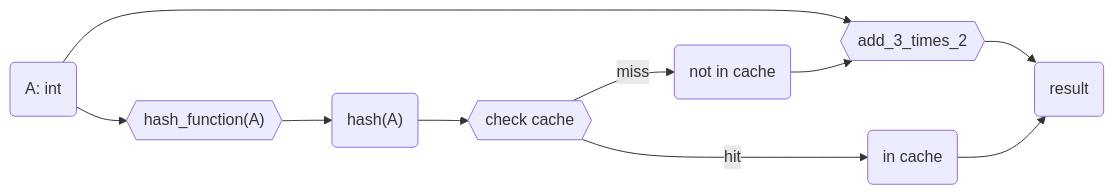
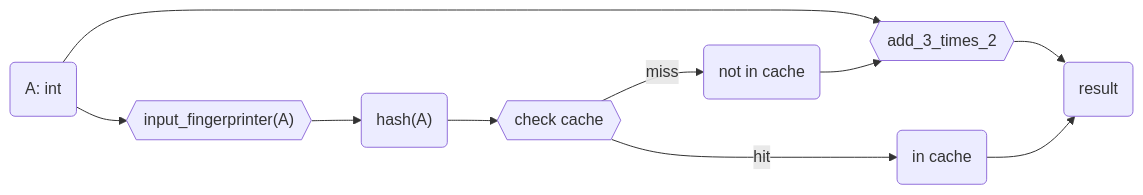
Before and after one commit to GridTools/gt4py: the third of 6 diagrams in docs/user/next/advanced/WorkflowPatterns.md, drawn with Mermaid. The commit also changed other lines of this file and 38 other files, not shown here.

````diff
--- a/docs/user/next/advanced/WorkflowPatterns.md
+++ b/docs/user/next/advanced/WorkflowPatterns.md
@@ -151,8 +151,8 @@
 ```mermaid
 graph LR
 
 
 inp --> calc
-inp(A: int) --> ha{{"hash_function(A)"}} --> h("hash(A)") --> ck{{"check cache"}} -->|miss| miss("not in cache") --> calc{{add_3_times_2}} --> out(result)
+inp(A: int) --> ha{{"input_fingerprinter(A)"}} --> h("hash(A)") --> ck{{"check cache"}} -->|miss| miss("not in cache") --> calc{{add_3_times_2}} --> out(result)
 ck -->|hit| hit("in cache") --> out
 ```
````
